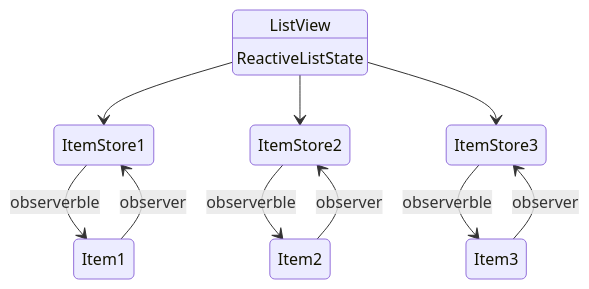
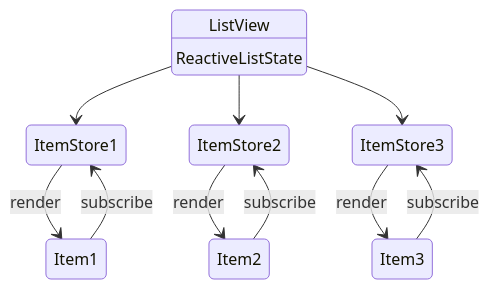
The second of 2 diagrams in README.md (OscarChang0514/use-reactive-list-state), drawn with Mermaid before and after one commit. The commit also changed other lines of this file and 1 other file, not shown here.

Commit message:
update README、 web Title

````diff
--- a/README.md
+++ b/README.md
@@ -85,20 +85,20 @@
 ```mermaid
 stateDiagram
 
     ListView --> ItemStore1
     ListView --> ItemStore2
     ListView --> ItemStore3
     
-    ItemStore1 --> Item1 : observerble
-    Item1 --> ItemStore1 : observer
+    ItemStore1 --> Item1 : render
+    Item1 --> ItemStore1 : subscribe
     
-    ItemStore2 --> Item2 : observerble
-    Item2 --> ItemStore2 : observer
+    ItemStore2 --> Item2 : render
+    Item2 --> ItemStore2 : subscribe
     
-    ItemStore3 --> Item3 : observerble
-    Item3 --> ItemStore3 : observer
+    ItemStore3 --> Item3 : render
+    Item3 --> ItemStore3 : subscribe
 
     ListView : ListView
     ListView : ReactiveListState
 
 ```
````
